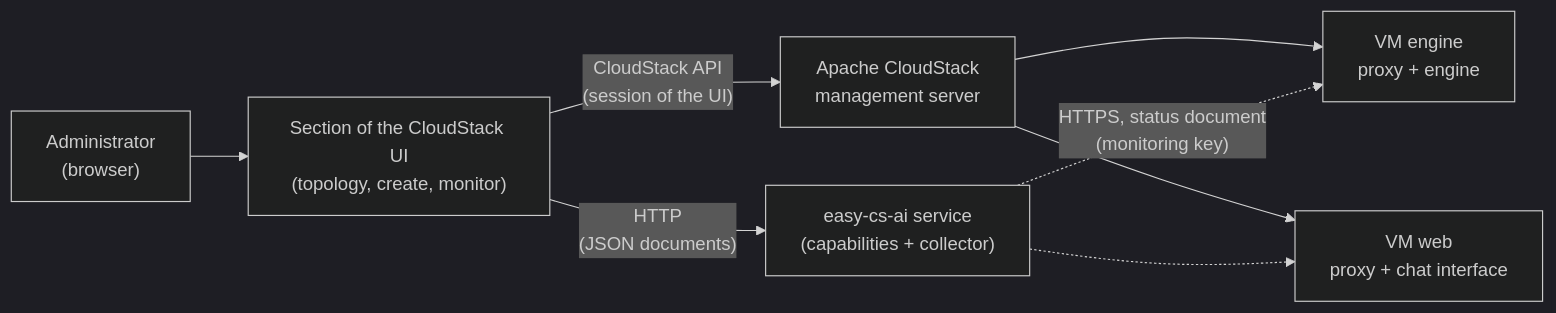
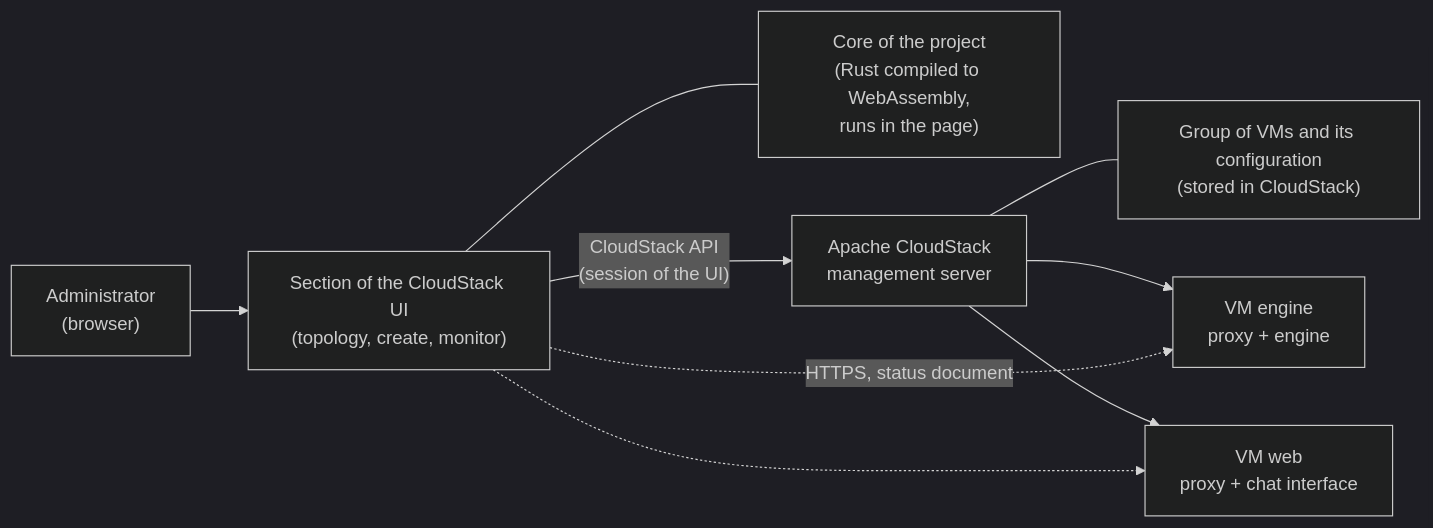
One commit to Dimsi-BS/easy-cs-ai changed the diagram in docs/spec-cloudstack.md. Above: the diagram before and after it, drawn with Mermaid (dark theme). The commit also changed other lines of this file and 5 other files, not shown here.

First line of the commit message:
CloudStack page: no server, a Rust core built for Linux and WebAssembly (#11)

````diff
--- a/docs/spec-cloudstack.md
+++ b/docs/spec-cloudstack.md
@@ -42,10 +45,11 @@
 ```mermaid
 graph LR
     User["Administrator\n(browser)"] --> Page["Section of the CloudStack UI\n(topology, create, monitor)"]
+    Page --- Core["Core of the project\n(Rust compiled to WebAssembly,\nruns in the page)"]
     Page -->|"CloudStack API\n(session of the UI)"| CS["Apache CloudStack\nmanagement server"]
-    Page -->|"HTTP\n(JSON documents)"| Svc["easy-cs-ai service\n(capabilities + collector)"]
+    CS --- Store["Group of VMs and its configuration\n(stored in CloudStack)"]
     CS --> VM1["VM engine\nproxy + engine"]
     CS --> VM2["VM web\nproxy + chat interface"]
-    Svc -.->|"HTTPS, status document\n(monitoring key)"| VM1
-    Svc -.-> VM2
+    Page -.->|"HTTPS, status document"| VM1
+    Page -.-> VM2
 ```
````
